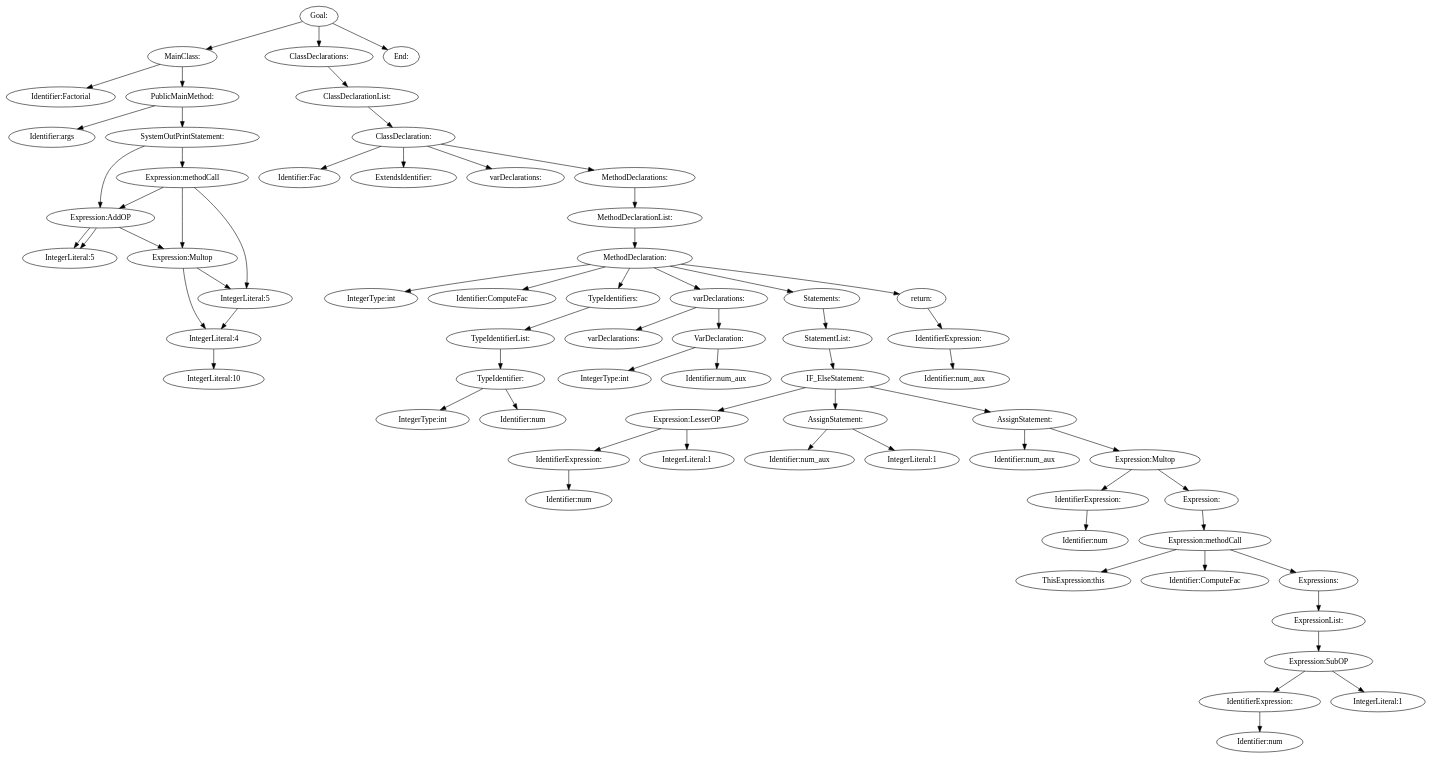
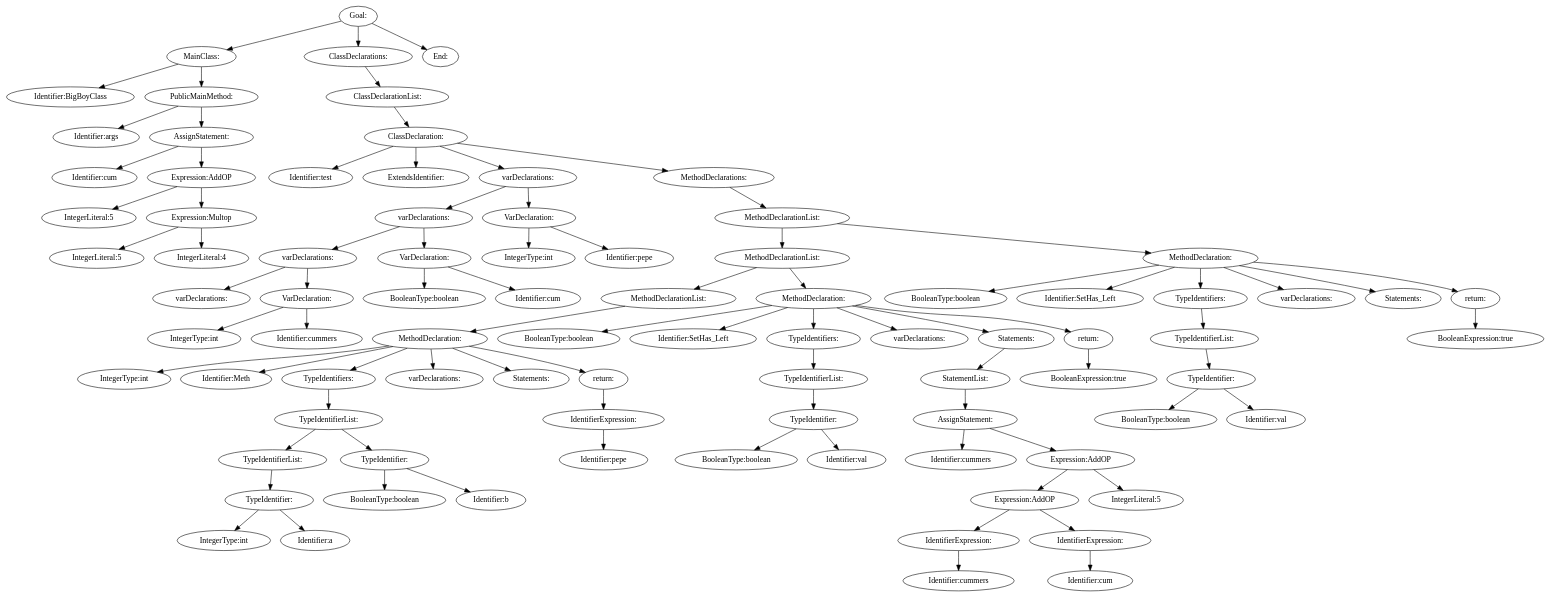
The diagram in semantic/tree.dot (DingusDungus/kompilator2), drawn with Graphviz before and after one commit. The commit also changed 5 other files, not shown here.

```diff
--- a/semantic/tree.dot
+++ b/semantic/tree.dot
@@ -1,137 +1,173 @@
 digraph {
 n0 [label="Goal:"];
 n1 [label="MainClass:"];
-n2 [label="Identifier:Factorial"];
+n2 [label="Identifier:BigBoyClass"];
 n1 -> n2
 n3 [label="PublicMainMethod:"];
 n4 [label="Identifier:args"];
 n3 -> n4
-n5 [label="SystemOutPrintStatement:"];
-n6 [label="Expression:methodCall"];
-n7 [label="Expression:newIdentifier"];
-n8 [label="Identifier:Fac"];
-n7 -> n8
-n6 -> n7
-n9 [label="Identifier:ComputeFac"];
-n6 -> n9
-n10 [label="Expressions:"];
-n11 [label="ExpressionList:"];
-n12 [label="IntegerLiteral:10"];
-n11 -> n12
-n10 -> n11
-n6 -> n10
+n5 [label="AssignStatement:"];
+n6 [label="Identifier:cum"];
 n5 -> n6
 n7 [label="Expression:AddOP"];
 n8 [label="IntegerLiteral:5"];
 n7 -> n8
 n9 [label="Expression:Multop"];
 n10 [label="IntegerLiteral:5"];
 n9 -> n10
 n11 [label="IntegerLiteral:4"];
 n9 -> n11
 n7 -> n9
 n5 -> n7
 n3 -> n5
 n1 -> n3
 n0 -> n1
-n13 [label="ClassDeclarations:"];
-n14 [label="ClassDeclarationList:"];
-n15 [label="ClassDeclaration:"];
-n16 [label="Identifier:Fac"];
-n15 -> n16
-n17 [label="ExtendsIdentifier:"];
-n15 -> n17
+n12 [label="ClassDeclarations:"];
+n13 [label="ClassDeclarationList:"];
+n14 [label="ClassDeclaration:"];
+n15 [label="Identifier:test"];
+n14 -> n15
+n16 [label="ExtendsIdentifier:"];
+n14 -> n16
+n17 [label="varDeclarations:"];
 n18 [label="varDeclarations:"];
-n15 -> n18
-n19 [label="MethodDeclarations:"];
-n20 [label="MethodDeclarationList:"];
-n21 [label="MethodDeclaration:"];
+n19 [label="varDeclarations:"];
+n20 [label="varDeclarations:"];
+n19 -> n20
+n21 [label="VarDeclaration:"];
 n22 [label="IntegerType:int"];
 n21 -> n22
-n23 [label="Identifier:ComputeFac"];
+n23 [label="Identifier:cummers"];
 n21 -> n23
-n24 [label="TypeIdentifiers:"];
-n25 [label="TypeIdentifierList:"];
-n26 [label="TypeIdentifier:"];
-n27 [label="IntegerType:int"];
-n26 -> n27
-n28 [label="Identifier:num"];
-n26 -> n28
-n25 -> n26
+n19 -> n21
+n18 -> n19
+n24 [label="VarDeclaration:"];
+n25 [label="BooleanType:boolean"];
 n24 -> n25
-n21 -> n24
-n29 [label="varDeclarations:"];
-n30 [label="varDeclarations:"];
-n29 -> n30
-n31 [label="VarDeclaration:"];
-n32 [label="IntegerType:int"];
+n26 [label="Identifier:cum"];
+n24 -> n26
+n18 -> n24
+n17 -> n18
+n27 [label="VarDeclaration:"];
+n28 [label="IntegerType:int"];
+n27 -> n28
+n29 [label="Identifier:pepe"];
+n27 -> n29
+n17 -> n27
+n14 -> n17
+n30 [label="MethodDeclarations:"];
+n31 [label="MethodDeclarationList:"];
+n32 [label="MethodDeclarationList:"];
+n33 [label="MethodDeclarationList:"];
+n34 [label="MethodDeclaration:"];
+n35 [label="IntegerType:int"];
+n34 -> n35
+n36 [label="Identifier:Meth"];
+n34 -> n36
+n37 [label="TypeIdentifiers:"];
+n38 [label="TypeIdentifierList:"];
+n39 [label="TypeIdentifierList:"];
+n40 [label="TypeIdentifier:"];
+n41 [label="IntegerType:int"];
+n40 -> n41
+n42 [label="Identifier:a"];
+n40 -> n42
+n39 -> n40
+n38 -> n39
+n43 [label="TypeIdentifier:"];
+n44 [label="BooleanType:boolean"];
+n43 -> n44
+n45 [label="Identifier:b"];
+n43 -> n45
+n38 -> n43
+n37 -> n38
+n34 -> n37
+n46 [label="varDeclarations:"];
+n34 -> n46
+n47 [label="Statements:"];
+n34 -> n47
+n48 [label="return:"];
+n49 [label="IdentifierExpression:"];
+n50 [label="Identifier:pepe"];
+n49 -> n50
+n48 -> n49
+n34 -> n48
+n33 -> n34
+n32 -> n33
+n51 [label="MethodDeclaration:"];
+n52 [label="BooleanType:boolean"];
+n51 -> n52
+n53 [label="Identifier:SetHas_Left"];
+n51 -> n53
+n54 [label="TypeIdentifiers:"];
+n55 [label="TypeIdentifierList:"];
+n56 [label="TypeIdentifier:"];
+n57 [label="BooleanType:boolean"];
+n56 -> n57
+n58 [label="Identifier:val"];
+n56 -> n58
+n55 -> n56
+n54 -> n55
+n51 -> n54
+n59 [label="varDeclarations:"];
+n51 -> n59
+n60 [label="Statements:"];
+n61 [label="StatementList:"];
+n62 [label="AssignStatement:"];
+n63 [label="Identifier:cummers"];
+n62 -> n63
+n64 [label="Expression:AddOP"];
+n65 [label="Expression:AddOP"];
+n66 [label="IdentifierExpression:"];
+n67 [label="Identifier:cummers"];
+n66 -> n67
+n65 -> n66
+n68 [label="IdentifierExpression:"];
+n69 [label="Identifier:cum"];
+n68 -> n69
+n65 -> n68
+n64 -> n65
+n70 [label="IntegerLiteral:5"];
+n64 -> n70
+n62 -> n64
+n61 -> n62
+n60 -> n61
+n51 -> n60
+n71 [label="return:"];
+n72 [label="BooleanExpression:true"];
+n71 -> n72
+n51 -> n71
+n32 -> n51
 n31 -> n32
-n33 [label="Identifier:num_aux"];
-n31 -> n33
-n29 -> n31
-n21 -> n29
-n34 [label="Statements:"];
-n35 [label="StatementList:"];
-n36 [label="IF_ElseStatement:"];
-n37 [label="Expression:LesserOP"];
-n38 [label="IdentifierExpression:"];
-n39 [label="Identifier:num"];
-n38 -> n39
-n37 -> n38
-n40 [label="IntegerLiteral:1"];
-n37 -> n40
-n36 -> n37
-n41 [label="AssignStatement:"];
-n42 [label="Identifier:num_aux"];
-n41 -> n42
-n43 [label="IntegerLiteral:1"];
-n41 -> n43
-n36 -> n41
-n44 [label="AssignStatement:"];
-n45 [label="Identifier:num_aux"];
-n44 -> n45
-n46 [label="Expression:Multop"];
-n47 [label="IdentifierExpression:"];
-n48 [label="Identifier:num"];
-n47 -> n48
-n46 -> n47
-n49 [label="Expression:"];
-n50 [label="Expression:methodCall"];
-n51 [label="ThisExpression:this"];
-n50 -> n51
-n52 [label="Identifier:ComputeFac"];
-n50 -> n52
-n53 [label="Expressions:"];
-n54 [label="ExpressionList:"];
-n55 [label="Expression:SubOP"];
-n56 [label="IdentifierExpression:"];
-n57 [label="Identifier:num"];
-n56 -> n57
-n55 -> n56
-n58 [label="IntegerLiteral:1"];
-n55 -> n58
-n54 -> n55
-n53 -> n54
-n50 -> n53
-n49 -> n50
-n46 -> n49
-n44 -> n46
-n36 -> n44
-n35 -> n36
-n34 -> n35
-n21 -> n34
-n59 [label="return:"];
-n60 [label="IdentifierExpression:"];
-n61 [label="Identifier:num_aux"];
-n60 -> n61
-n59 -> n60
-n21 -> n59
-n20 -> n21
-n19 -> n20
-n15 -> n19
-n14 -> n15
+n73 [label="MethodDeclaration:"];
+n74 [label="BooleanType:boolean"];
+n73 -> n74
+n75 [label="Identifier:SetHas_Left"];
+n73 -> n75
+n76 [label="TypeIdentifiers:"];
+n77 [label="TypeIdentifierList:"];
+n78 [label="TypeIdentifier:"];
+n79 [label="BooleanType:boolean"];
+n78 -> n79
+n80 [label="Identifier:val"];
+n78 -> n80
+n77 -> n78
+n76 -> n77
+n73 -> n76
+n81 [label="varDeclarations:"];
+n73 -> n81
+n82 [label="Statements:"];
+n73 -> n82
+n83 [label="return:"];
+n84 [label="BooleanExpression:true"];
+n83 -> n84
+n73 -> n83
+n31 -> n73
+n30 -> n31
+n14 -> n30
 n13 -> n14
-n0 -> n13
-n62 [label="End:"];
-n0 -> n62
+n12 -> n13
+n0 -> n12
+n85 [label="End:"];
+n0 -> n85
 }
```
